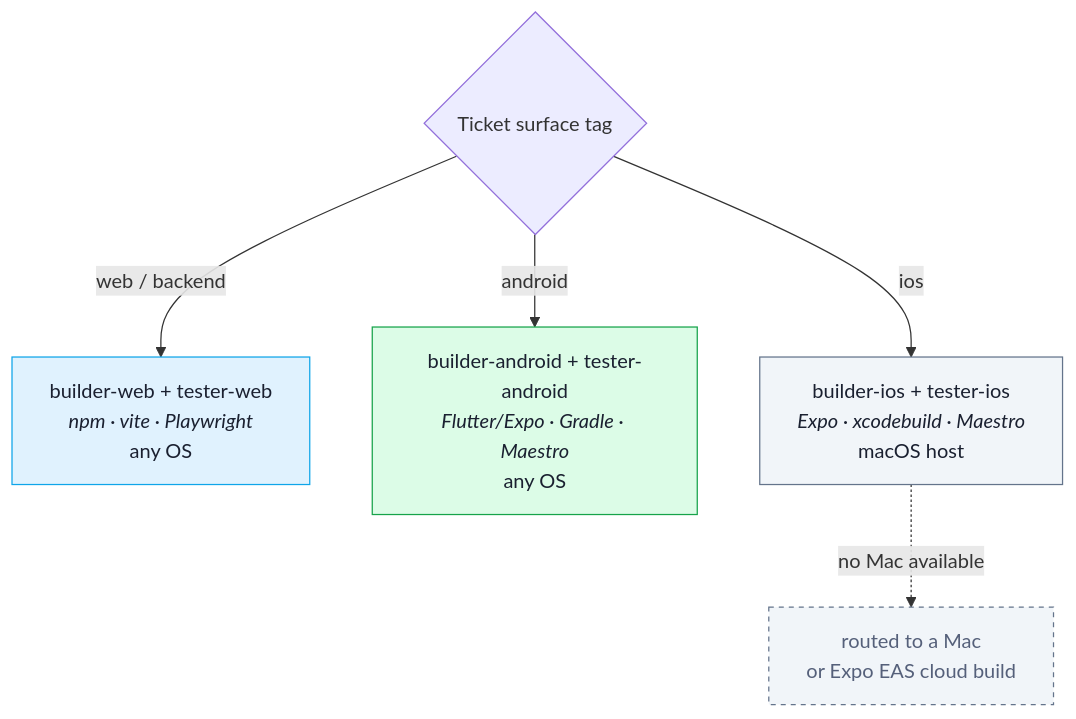
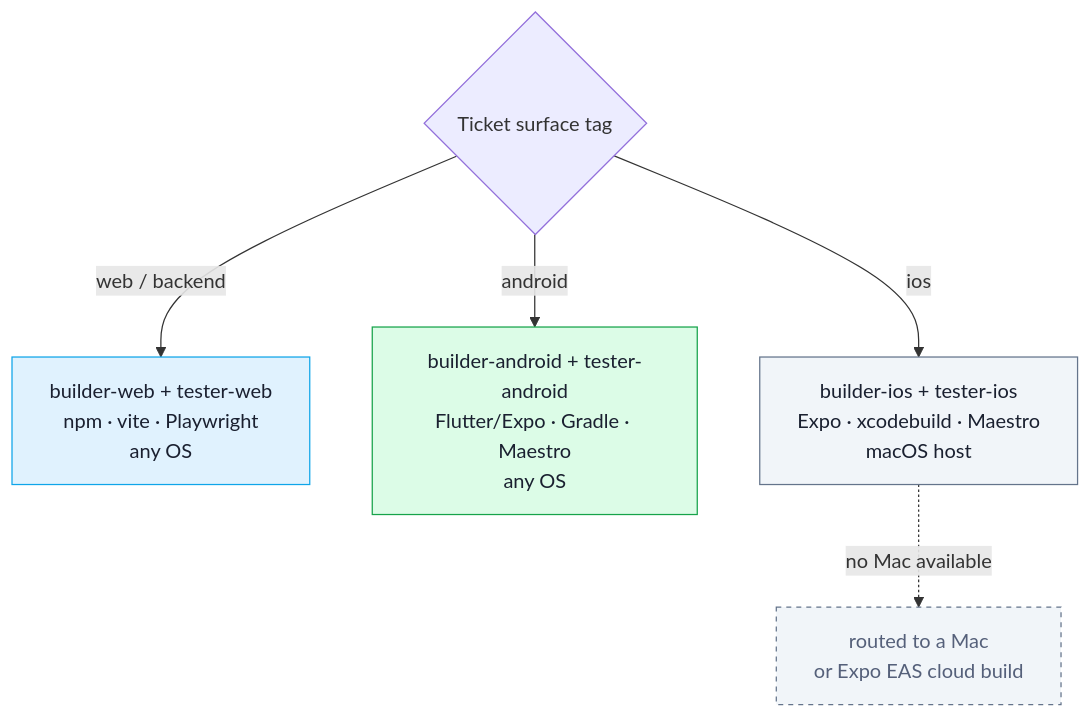
Before and after one commit to Amer-Hassani/kanban-multiagent-implementation: the second of 2 diagrams in README.md, drawn with Mermaid. The commit also changed other lines of this file and 3 other files, not shown here.

````diff
--- a/README.md
+++ b/README.md
@@ -63,13 +57,13 @@
 ```mermaid
 flowchart TD
     T{"Ticket surface tag"}
-    T -->|web / backend| W["builder-web + tester-web<br/><i>npm · vite · Playwright</i><br/>any OS"]
-    T -->|android| A["builder-android + tester-android<br/><i>Flutter/Expo · Gradle · Maestro</i><br/>any OS"]
-    T -->|ios| I["builder-ios + tester-ios<br/><i>Expo · xcodebuild · Maestro</i><br/>macOS host"]
+    T -->|web / backend| W["builder-web + tester-web<br/>npm · vite · Playwright<br/>any OS"]
+    T -->|android| A["builder-android + tester-android<br/>Flutter/Expo · Gradle · Maestro<br/>any OS"]
+    T -->|ios| I["builder-ios + tester-ios<br/>Expo · xcodebuild · Maestro<br/>macOS host"]
     I -.->|no Mac available| C["routed to a Mac<br/>or Expo EAS cloud build"]
 
     style W fill:#e0f2fe,stroke:#0ea5e9,color:#1a2030
     style A fill:#dcfce7,stroke:#16a34a,color:#1a2030
     style I fill:#f1f5f9,stroke:#64748b,color:#1a2030
     style C fill:#f1f5f9,stroke:#64748b,stroke-dasharray:4,color:#55607a
 ```
````
